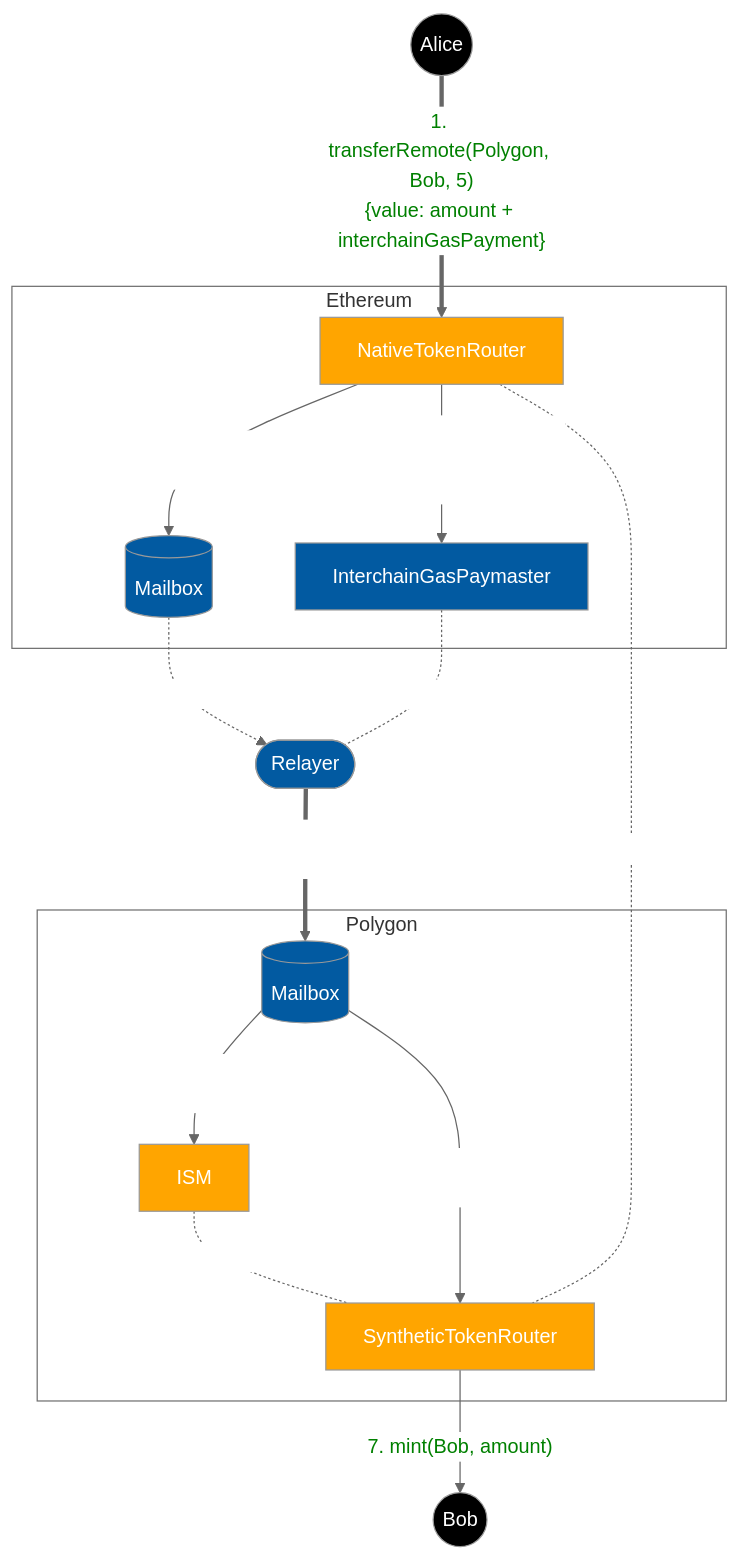
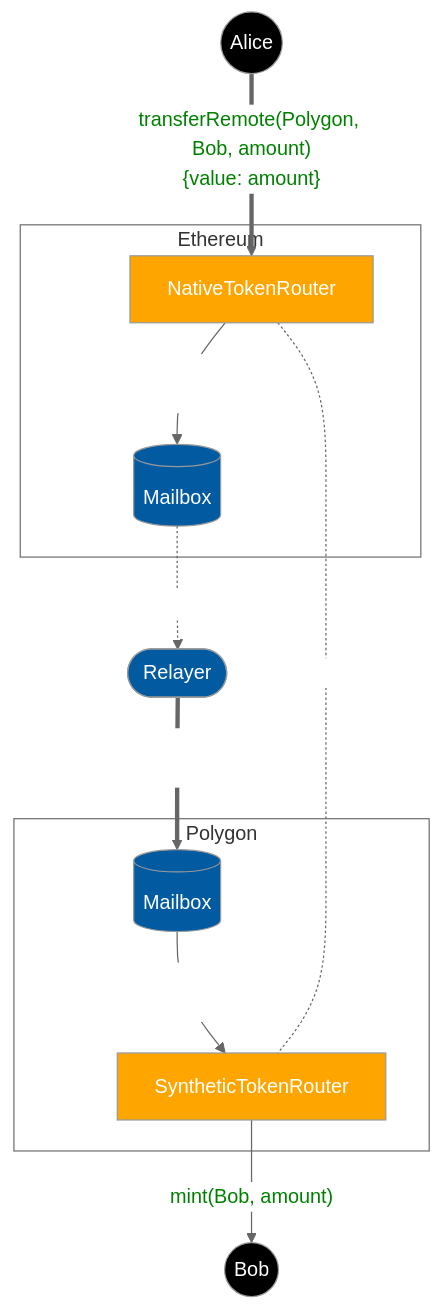
The second of 4 diagrams in README.md (hyperlane-xyz/hyperlane-token), drawn with Mermaid before and after one commit. The commit also changed other lines of this file, not shown here.

````diff
--- a/README.md
+++ b/README.md
@@ -56,52 +74,45 @@
 ```mermaid
 %%{ init: {
   "theme": "neutral",
   "themeVariables": {
     "mainBkg": "#025AA1",
     "textColor": "white",
     "clusterBkg": "white"
   },
   "themeCSS": ".edgeLabel { color: black }"
 }}%%
 
 graph TB
     Bob((Bob))
     style Bob fill:black
     Alice((Alice))
     style Alice fill:black
 
     Relayer([Relayer])
 
     subgraph "Ethereum"
         HYP_E[NativeTokenRouter]
-        IGP_E[InterchainGasPaymaster]
         style HYP_E fill:orange
         Mailbox_E[(Mailbox)]
     end
 
-    Alice == "1. transferRemote(Polygon, Bob, 5)\n{value: amount + interchainGasPayment}" ==> HYP_E
+    Alice == "transferRemote(Polygon, Bob, amount)\n{value: amount}" ==> HYP_E
     linkStyle 0 color:green;
-    HYP_E -- "2. id = dispatch(Polygon, (Bob, amount))" --> Mailbox_E
-
-    HYP_E -- "3. payForGas(id)\n{value: interchainGasPayment}" --> IGP_E
-    IGP_E -. "paymaster" .- Relayer
+    HYP_E -- "dispatch(Polygon, (Bob, amount))" --> Mailbox_E
     
     subgraph "Polygon"
-        ISM_P[ISM]
-        style ISM_P fill:orange
         HYP_P[SyntheticTokenRouter]
         style HYP_P fill:orange
         Mailbox_P[(Mailbox)]
     end
 
     Mailbox_E -. "indexing" .-> Relayer
 
-    Relayer == "4. process(Ethereum, (Bob, amount))" ==> Mailbox_P
-    Mailbox_P -- "5. verify(Ethereum, (Bob, amount))" --> ISM_P
-    Mailbox_P -- "6. handle(Ethereum, (Bob, amount))" --> HYP_P
+    Relayer == "process(Ethereum, (Bob, amount))" ==> Mailbox_P
+    Mailbox_P -- "handle(Ethereum, (Bob, amount))" --> HYP_P
 
     HYP_E -. "router" .- HYP_P
-    ISM_P -. "interchainSecurityModule" .- HYP_P
-    HYP_P -- "7. mint(Bob, amount)" --> Bob
-    linkStyle 10 color:green;
+
+    HYP_P -- "mint(Bob, amount)" --> Bob
+    linkStyle 6 color:green;
 ```
````
